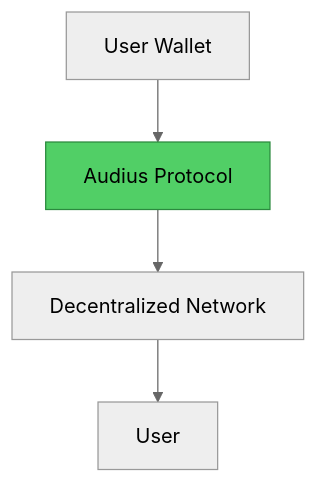
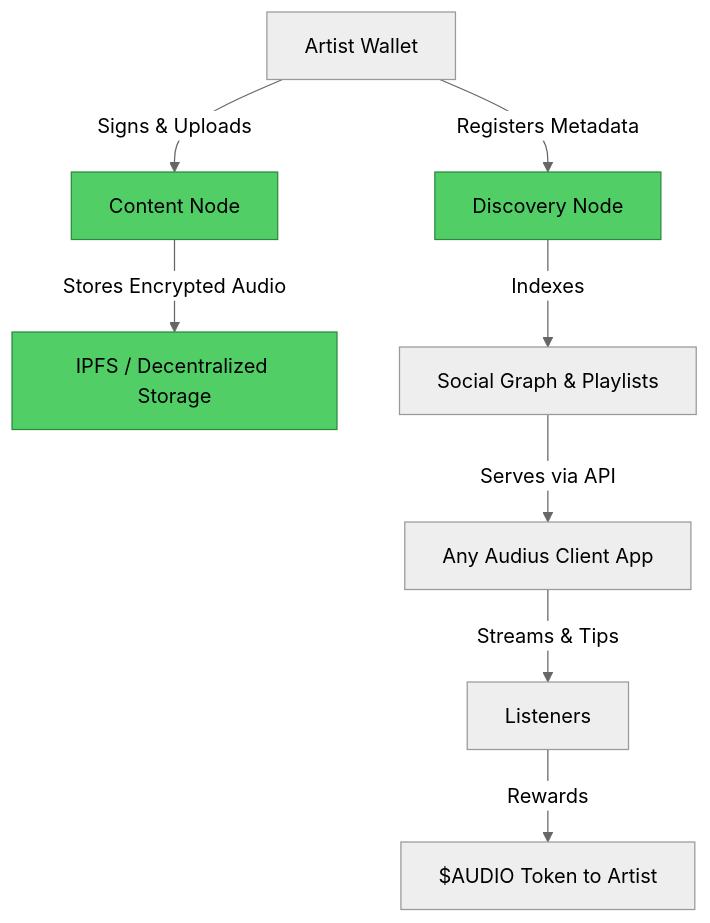
The second of 2 diagrams in 02-content-streaming/01-spotify-to-audius.md (Elvatar2/Web2-To-Web3-Migration-Guide), drawn with Mermaid (neutral theme) before and after one commit. The commit also changed other lines of this file, not shown here.

````diff
--- a/02-content-streaming/01-spotify-to-audius.md
+++ b/02-content-streaming/01-spotify-to-audius.md
@@ -63,8 +77,14 @@
 ```mermaid
 graph TB
-    A[User Wallet] --> B[Audius Protocol]
-    B --> C[Decentralized Network]
-    C --> D[User]
+    A[Artist Wallet] -->|Signs & Uploads| B[Content Node]
+    B -->|Stores Encrypted Audio| C[IPFS / Decentralized Storage]
+    A -->|Registers Metadata| D[Discovery Node]
+    D -->|Indexes| E[Social Graph & Playlists]
+    E -->|Serves via API| F[Any Audius Client App]
+    F -->|Streams & Tips| G[Listeners]
+    G -->|Rewards| H[$AUDIO Token to Artist]
 
     style B fill:#51cf66,stroke:#2b8a3e
+    style C fill:#51cf66,stroke:#2b8a3e
+    style D fill:#51cf66,stroke:#2b8a3e
 ```
````
